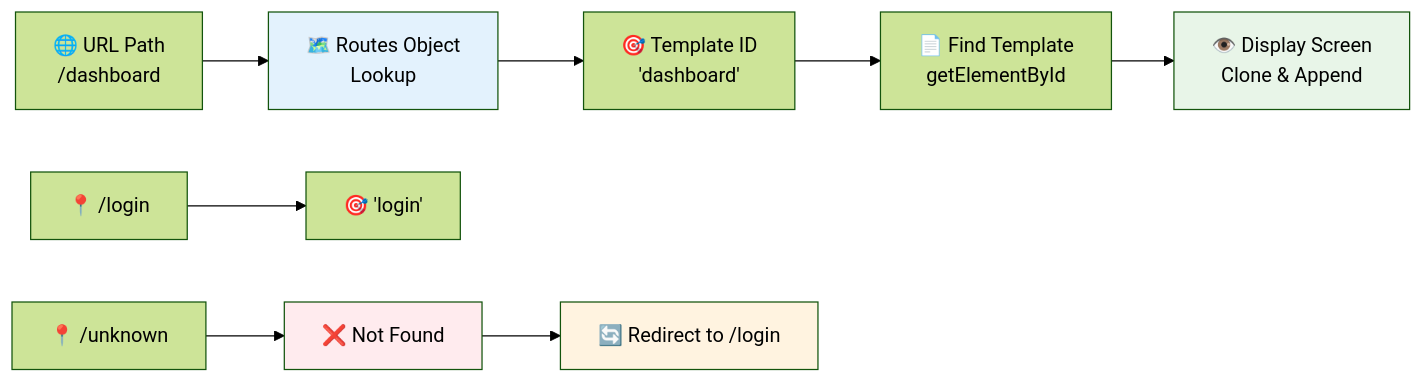
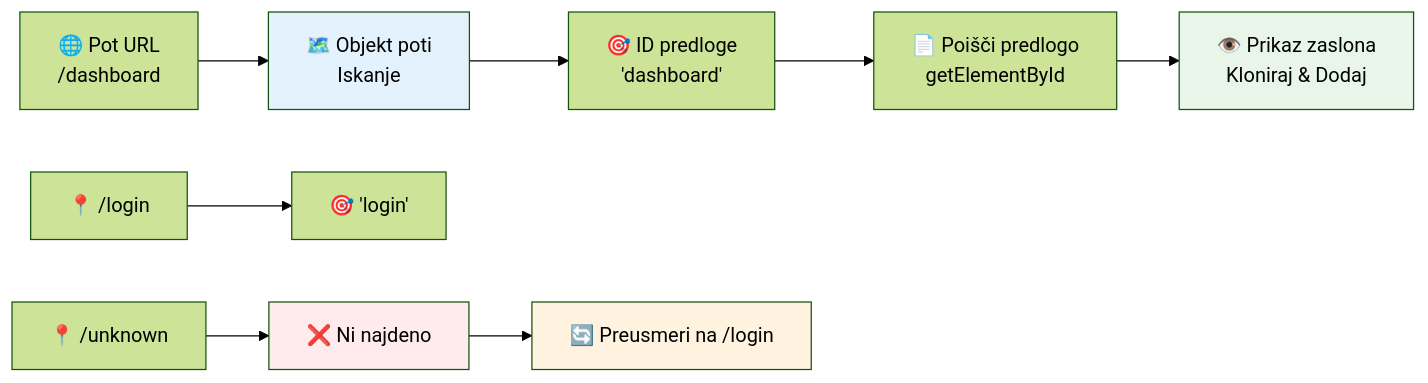
Before and after one commit to microsoft/Web-Dev-For-Beginners: the sixth of 9 diagrams in translations/sl/7-bank-project/1-template-route/README.md, drawn with Mermaid (forest theme). The commit also changed other lines of this file and 99 other files, not shown here.

````diff
--- a/translations/sl/7-bank-project/1-template-route/README.md
+++ b/translations/sl/7-bank-project/1-template-route/README.md
@@ -269,16 +362,16 @@
 ```mermaid
 flowchart LR
-    A["🌐 URL Path<br/>/dashboard"] --> B["🗺️ Routes Object<br/>Lookup"]
-    B --> C["🎯 Template ID<br/>'dashboard'"]
-    C --> D["📄 Find Template<br/>getElementById"]
-    D --> E["👁️ Display Screen<br/>Clone & Append"]
+    A["🌐 Pot URL<br/>/dashboard"] --> B["🗺️ Objekt poti<br/>Iskanje"]
+    B --> C["🎯 ID predloge<br/>'dashboard'"]
+    C --> D["📄 Poišči predlogo<br/>getElementById"]
+    D --> E["👁️ Prikaz zaslona<br/>Kloniraj & Dodaj"]
     
     F["📍 /login"] --> G["🎯 'login'"]
-    H["📍 /unknown"] --> I["❌ Not Found"]
-    I --> J["🔄 Redirect to /login"]
+    H["📍 /unknown"] --> I["❌ Ni najdeno"]
+    I --> J["🔄 Preusmeri na /login"]
     
     style B fill:#e3f2fd
     style E fill:#e8f5e8
     style I fill:#ffebee
     style J fill:#fff3e0
 ```
````
